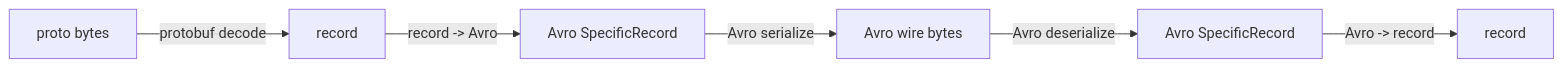
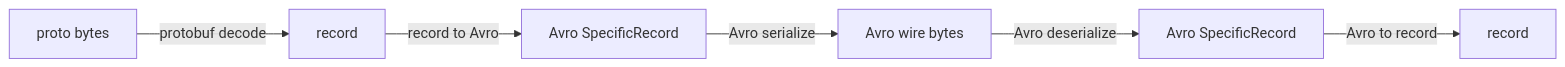
The first of 5 diagrams in docs/plans/2026-11-05-001-feat-avro-bridge-plan.md (Bijnagte/recordbuf), drawn with Mermaid before and after one commit. The commit also changed other lines of this file, not shown here.

First line of the commit message:
docs(plan): deepen the Avro bridge plan to implementation-ready

````diff
--- a/docs/plans/2026-11-05-001-feat-avro-bridge-plan.md
+++ b/docs/plans/2026-11-05-001-feat-avro-bridge-plan.md
@@ -270,8 +285,8 @@
   ```mermaid
   flowchart LR
     P[proto bytes] -->|protobuf decode| R[record]
-    R -->|record -> Avro| A[Avro SpecificRecord]
+    R -->|record to Avro| A[Avro SpecificRecord]
     A -->|Avro serialize| W[Avro wire bytes]
     W -->|Avro deserialize| A2[Avro SpecificRecord]
-    A2 -->|Avro -> record| R2[record]
+    A2 -->|Avro to record| R2[record]
   ```
````
